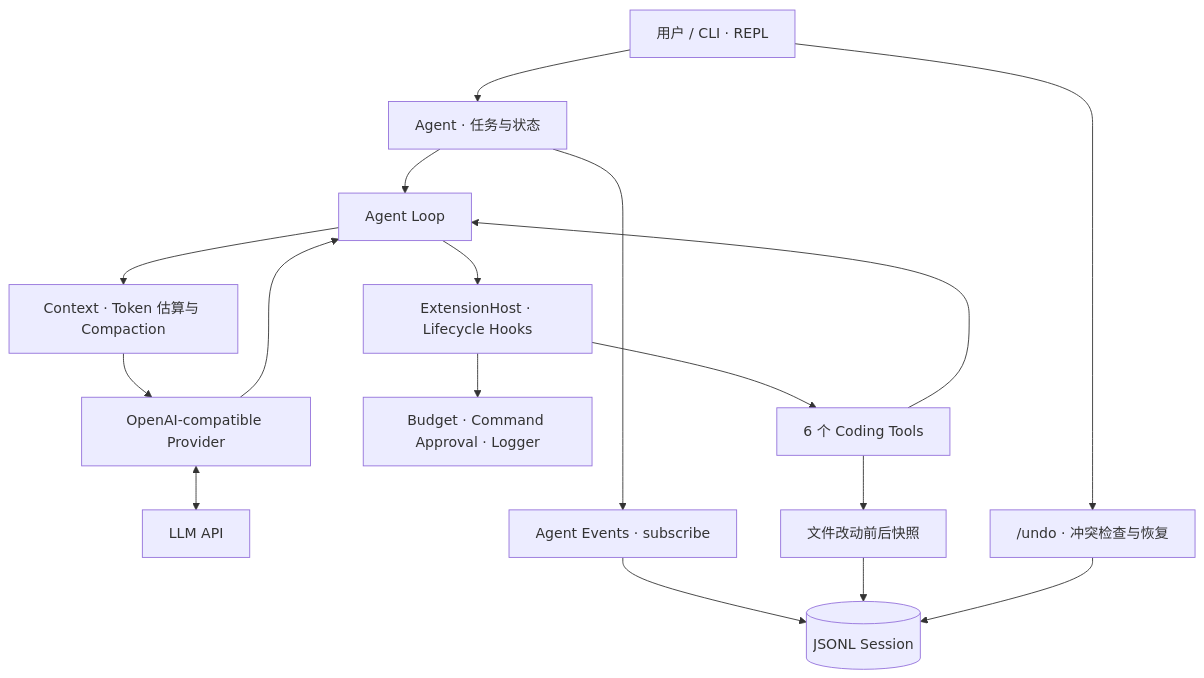
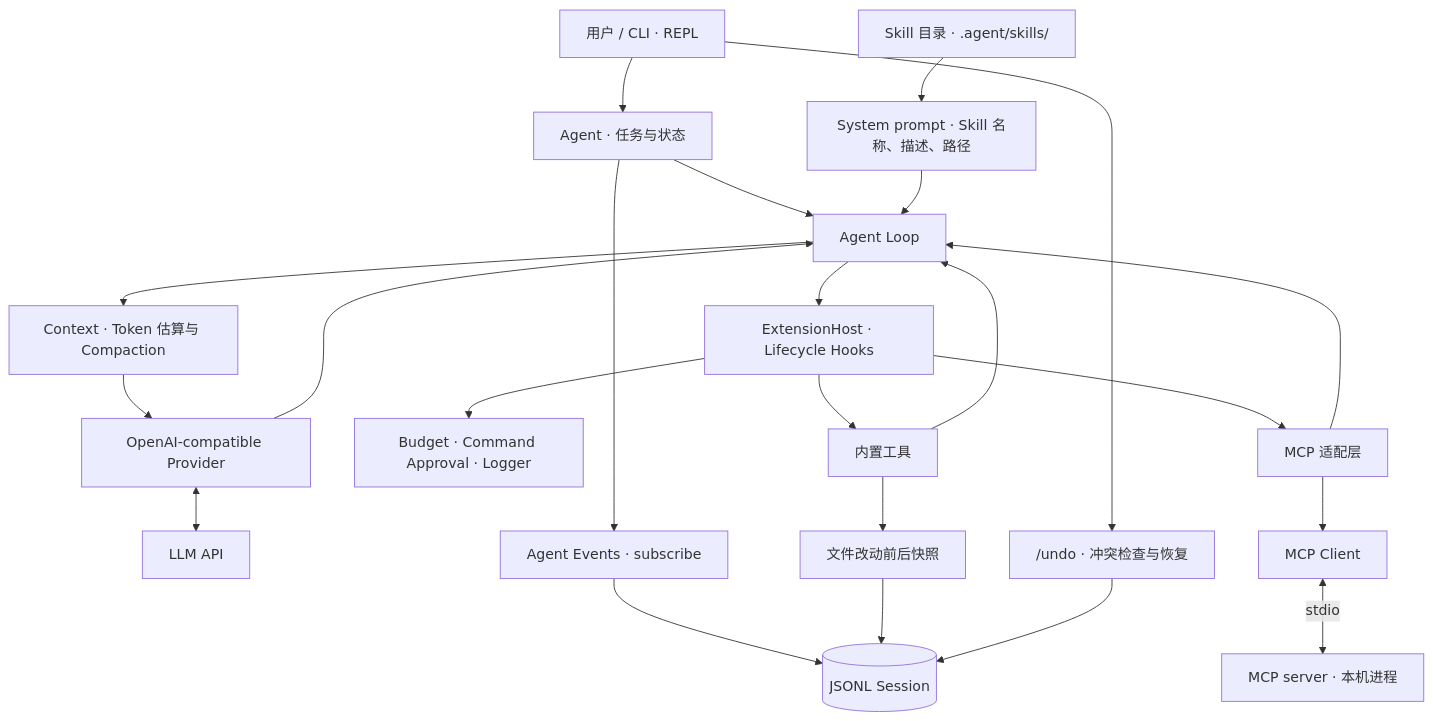
One commit to Jmiao11/ts-coding-agent changed the diagram in README.md. Above: the diagram before and after it, drawn with Mermaid. The commit also changed other lines of this file and 1 other file, not shown here.

Commit message:
docs: document skills, MCP and their security boundaries

````diff
--- a/README.md
+++ b/README.md
@@ -85,22 +85,28 @@
 ```mermaid
 flowchart TB
     U["用户 / CLI · REPL"] --> A["Agent · 任务与状态"]
     A --> L["Agent Loop"]
 
     L --> C["Context · Token 估算与 Compaction"]
     C --> P["OpenAI-compatible Provider"]
     P <--> M["LLM API"]
     P --> L
 
     L --> H["ExtensionHost · Lifecycle Hooks"]
     H --> B["Budget · Command Approval · Logger"]
-    H --> T["6 个 Coding Tools"]
+    H --> T["内置工具"]
+    H --> MT["MCP 适配层"]
     T --> L
+    MT --> L
+    MT --> MC["MCP Client"]
+    MC <-->|stdio| MS["MCP server · 本机进程"]
+    SK["Skill 目录 · .agent/skills/"] --> SP["System prompt · Skill 名称、描述、路径"]
+    SP --> L
 
     A --> E["Agent Events · subscribe"]
     E --> S[("JSONL Session")]
     T --> F["文件改动前后快照"]
     F --> S
     U --> D["/undo · 冲突检查与恢复"]
     D --> S
 ```
````
